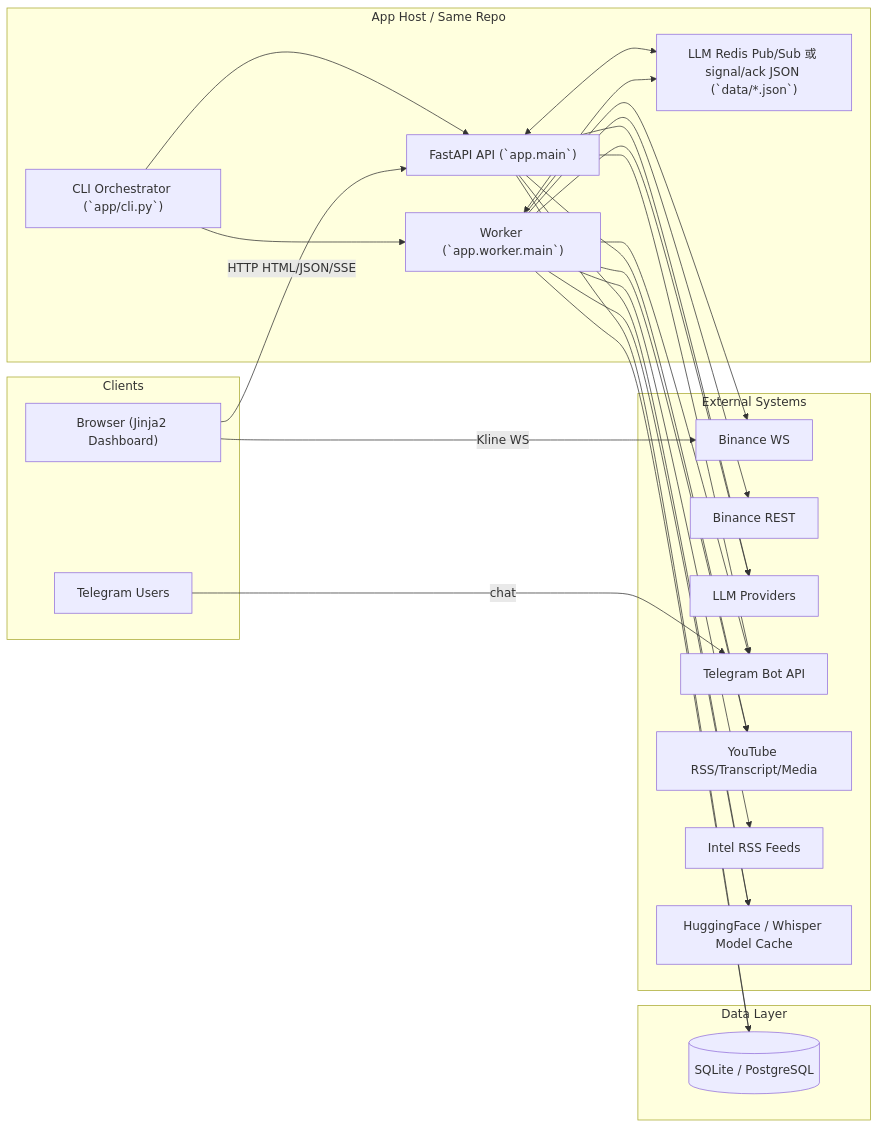
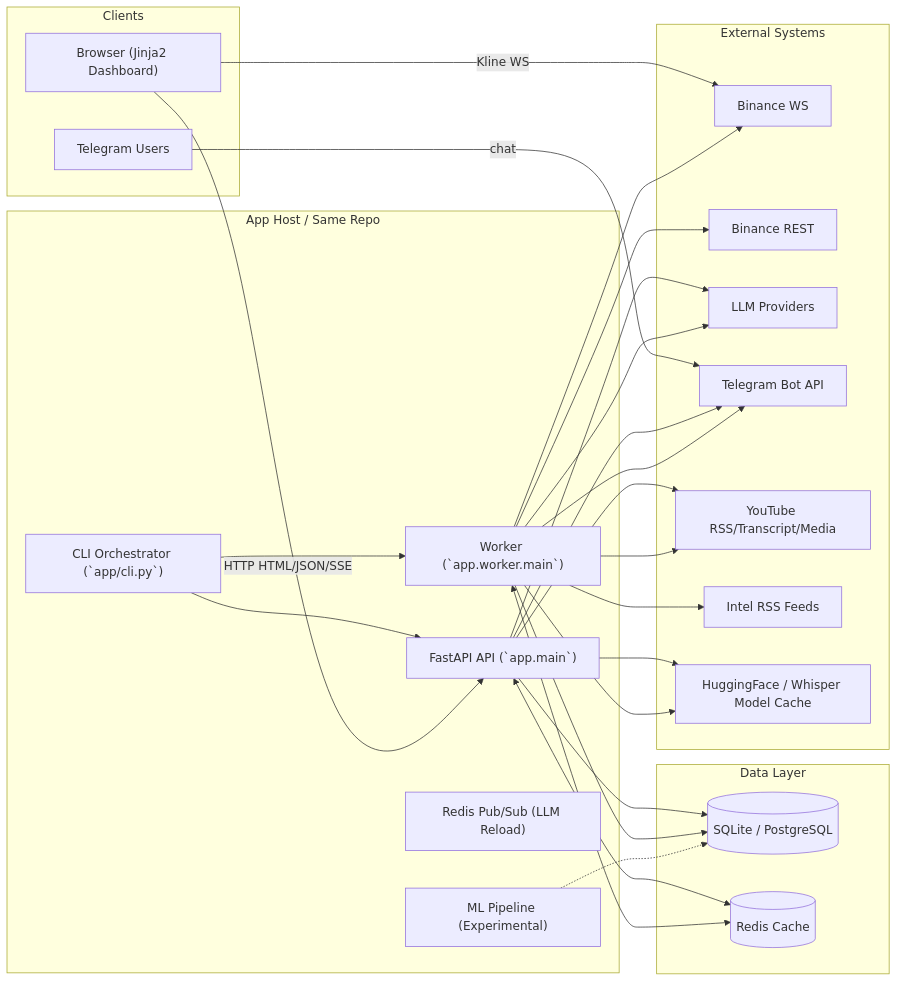
Before and after one commit to h14774819836-maker/crypto-sentinel: the first of 2 diagrams in docs/architecture_report.md, drawn with Mermaid. The commit also changed other lines of this file and 30 other files, not shown here.

Commit message:
docs: update architecture report to v2.4 reflecting new AI/ML modules

````diff
--- a/docs/architecture_report.md
+++ b/docs/architecture_report.md
@@ -132,52 +130,55 @@
 ```mermaid
 flowchart LR
     subgraph Client["Clients"]
         Browser["Browser (Jinja2 Dashboard)"]
         TGUser["Telegram Users"]
     end
 
     subgraph Host["App Host / Same Repo"]
         CLI["CLI Orchestrator (`app/cli.py`)"]
         API["FastAPI API (`app.main`)"]
         Worker["Worker (`app.worker.main`)"]
-        Signal["LLM Redis Pub/Sub 或 signal/ack JSON (`data/*.json`)"]
+        Signal["Redis Pub/Sub (LLM Reload)"]
+        ML["ML Pipeline (Experimental)"]
     end
 
     subgraph Data["Data Layer"]
         DB[("SQLite / PostgreSQL")]
+        Redis[("Redis Cache")]
     end
 
     subgraph Ext["External Systems"]
         BWS["Binance WS"]
         BREST["Binance REST"]
         LLM["LLM Providers"]
         TGAPI["Telegram Bot API"]
         YT["YouTube RSS/Transcript/Media"]
         RSS["Intel RSS Feeds"]
         HF["HuggingFace / Whisper Model Cache"]
     end
 
     CLI --> API
     CLI --> Worker
 
     Browser -->|HTTP HTML/JSON/SSE| API
     Browser -->|Kline WS| BWS
     TGUser -->|chat| TGAPI
 
     API --> DB
     Worker --> DB
-    API <--> Signal
-    Worker <--> Signal
+    API <--> Redis
+    Worker <--> Redis
 
     Worker --> BWS
     Worker --> BREST
     API --> LLM
     Worker --> LLM
     API --> TGAPI
     Worker --> TGAPI
     API --> YT
     Worker --> YT
     Worker --> RSS
     API --> HF
     Worker --> HF
+    ML -.-> DB
 ```
````
